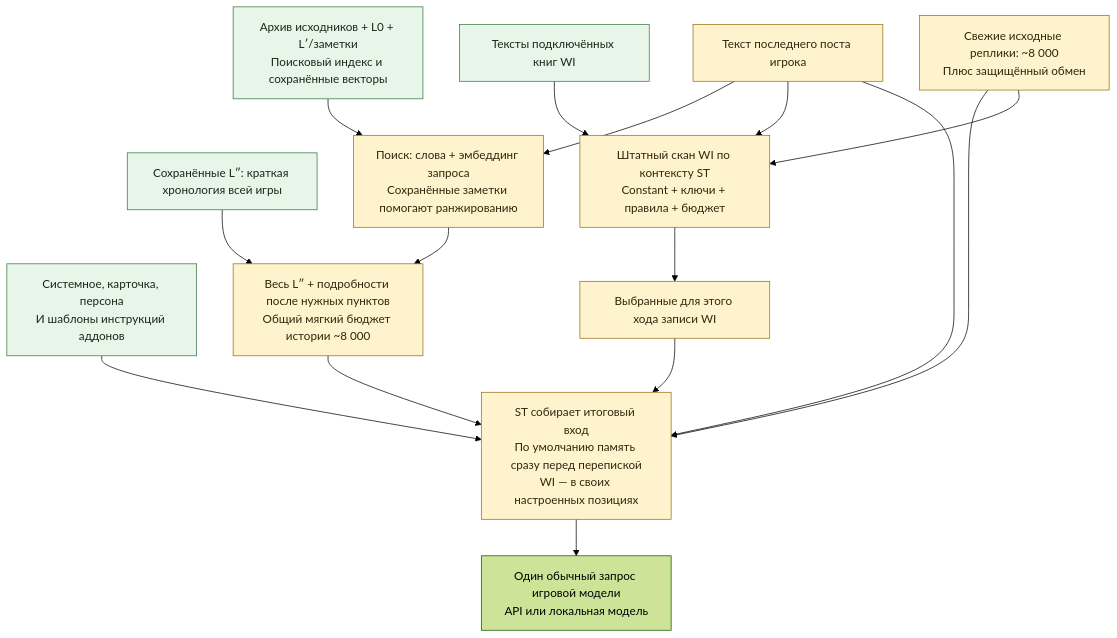
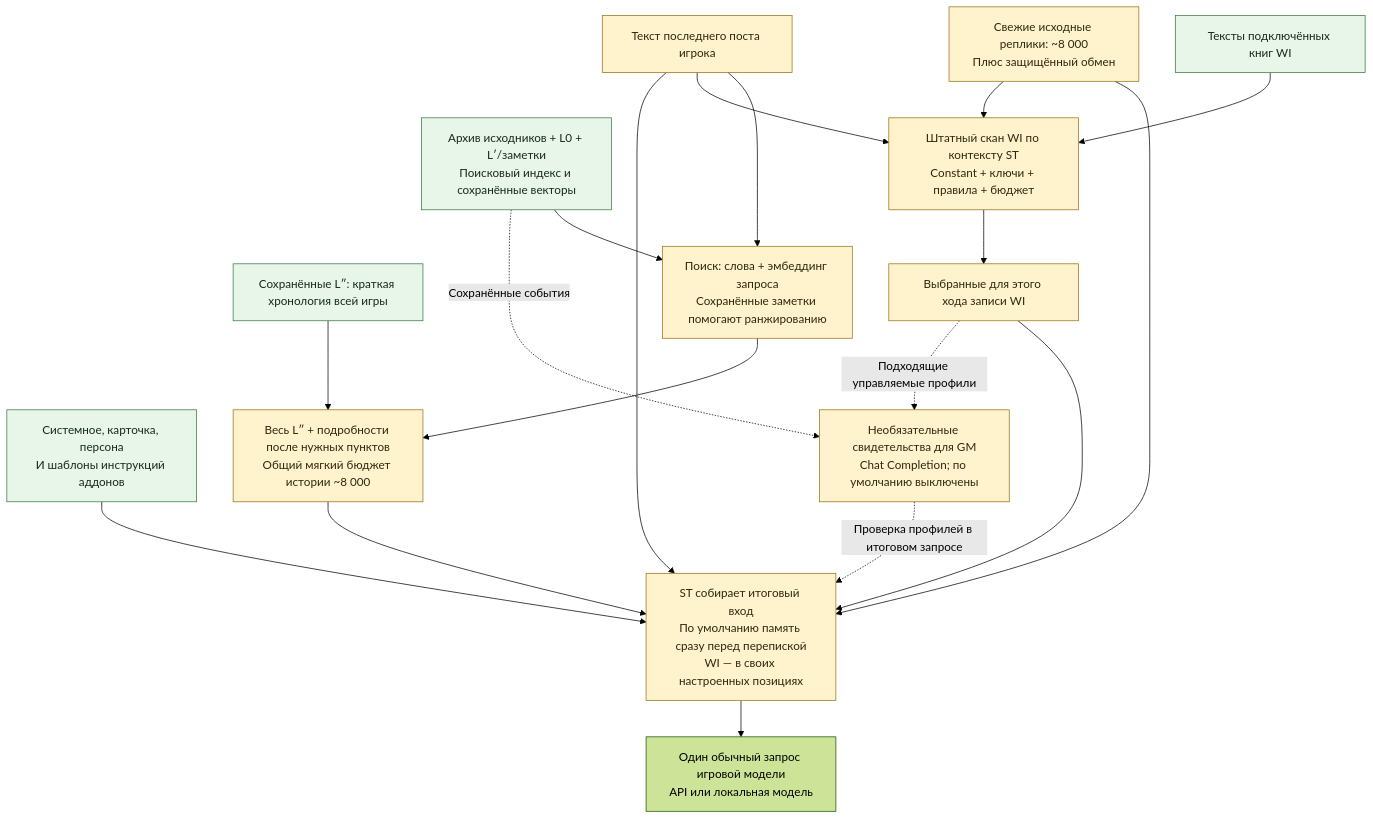
The second of 2 diagrams in README_RU.md (Ilya626/Extension-WorldMemory), drawn with Mermaid (forest theme) before and after one commit. The commit also changed other lines of this file and 19 other files, not shown here.

````diff
--- a/README_RU.md
+++ b/README_RU.md
@@ -77,28 +88,31 @@
 ```mermaid
 flowchart TD
         C["Системное, карточка, персона<br/>И шаблоны инструкций аддонов"]
         I["Архив исходников + L0 + L′/заметки<br/>Поисковый индекс и сохранённые векторы"]
         J["Сохранённые L″: краткая хронология всей игры"]
         W["Тексты подключённых книг WI"]
         Q["Текст последнего поста игрока"] --> R["Поиск: слова + эмбеддинг запроса<br/>Сохранённые заметки помогают ранжированию"]
         R --> H["Весь L″ + подробности после нужных пунктов<br/>Общий мягкий бюджет истории ~8 000"]
         J --> H
         T["Свежие исходные реплики: ~8 000<br/>Плюс защищённый обмен"]
         S["Штатный скан WI по контексту ST<br/>Constant + ключи + правила + бюджет"]
         S --> X["Выбранные для этого хода записи WI"]
         G["ST собирает итоговый вход<br/>По умолчанию память сразу перед перепиской<br/>WI — в своих настроенных позициях"]
         H --> G
         T --> G
         X --> G
     I --> R
     W --> S
     Q --> S
     T --> S
     Q --> G
     C --> G
+    X -. "Подходящие управляемые профили" .-> F["Необязательные свидетельства для GM<br/>Chat Completion; по умолчанию выключены"]
+    I -. "Сохранённые события" .-> F
+    F -. "Проверка профилей в итоговом запросе" .-> G
     G --> M["Один обычный запрос игровой модели<br/>API или локальная модель"]
     classDef saved fill:#e8f5e9,stroke:#387644,color:#142b1a;
     classDef rebuilt fill:#fff3cd,stroke:#947214,color:#30270d;
     class C,I,W,J saved;
-    class Q,R,H,T,S,X,G rebuilt;
+    class Q,R,H,T,S,X,F,G rebuilt;
 ```
````
